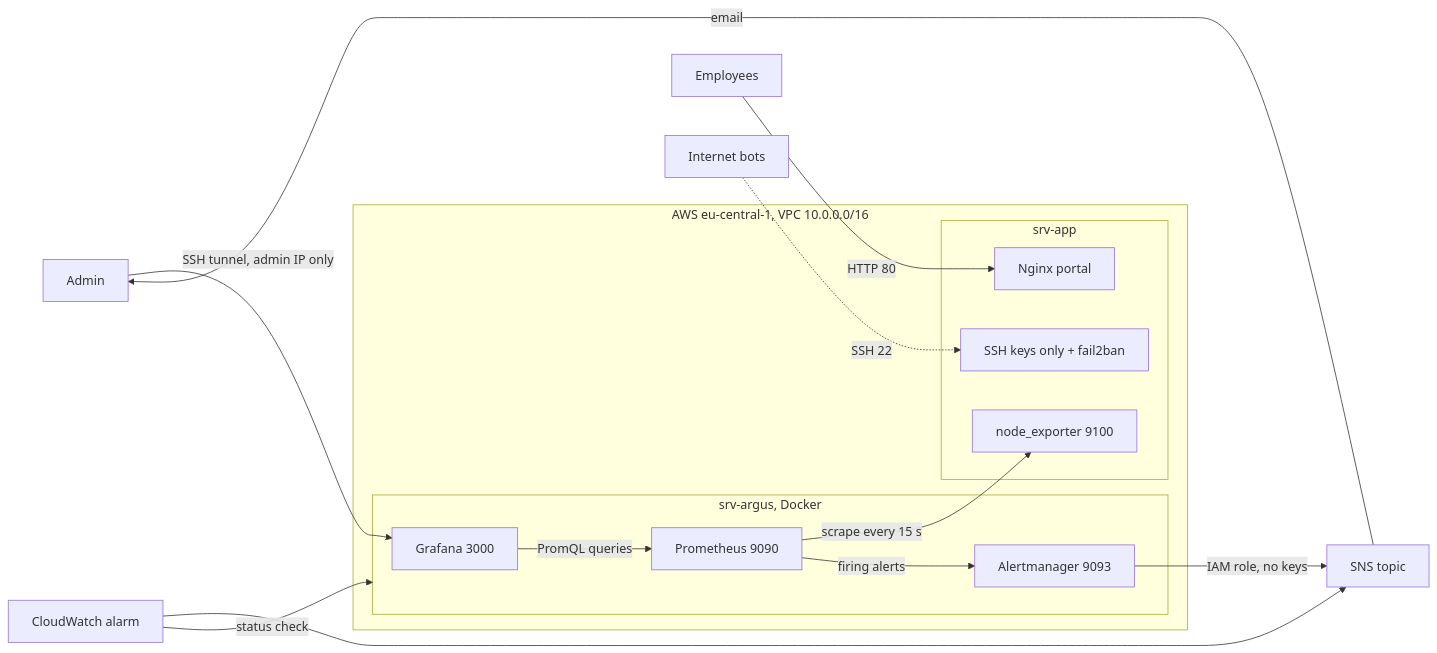
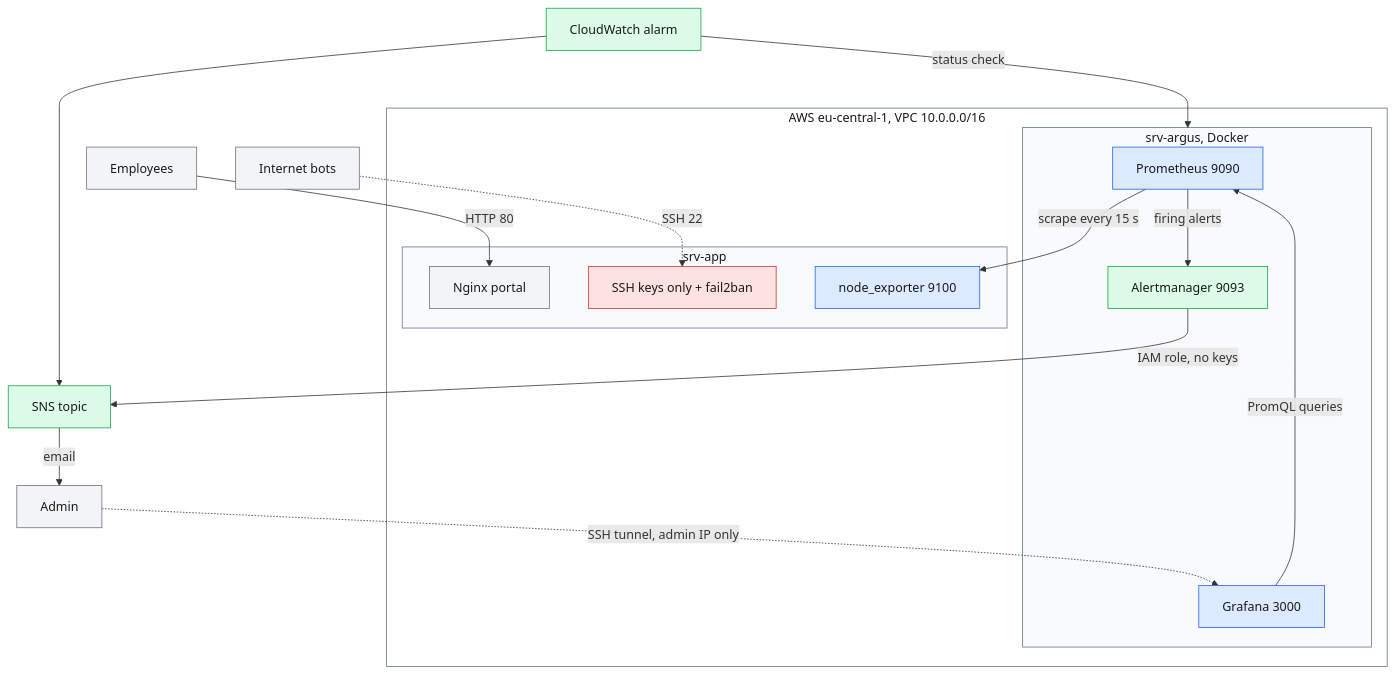
The diagram in README.md (Gikaze/argus), drawn with Mermaid before and after one commit. The commit also changed other lines of this file, not shown here.

Commit message:
docs: make the architecture diagram easier to read

````diff
--- a/README.md
+++ b/README.md
@@ -26,27 +26,45 @@
 ```mermaid
-flowchart LR
-  emp[Employees] -->|HTTP 80| nginx
-  bot[Internet bots] -.->|SSH 22| ssh
-  admin[Admin] -->|SSH tunnel, admin IP only| grafana
+flowchart TB
+  emp[Employees]
+  bot[Internet bots]
 
   subgraph vpc[AWS eu-central-1, VPC 10.0.0.0/16]
     subgraph app[srv-app]
       nginx[Nginx portal]
       ssh[SSH keys only + fail2ban]
       ne[node_exporter 9100]
     end
     subgraph argus[srv-argus, Docker]
       prom[Prometheus 9090]
+      grafana[Grafana 3000]
       am[Alertmanager 9093]
-      grafana[Grafana 3000]
     end
   end
 
+  cw[CloudWatch alarm]
+  sns[SNS topic]
+  admin[Admin]
+
+  emp -->|HTTP 80| nginx
+  bot -.->|SSH 22| ssh
   prom -->|scrape every 15 s| ne
+  grafana -->|PromQL queries| prom
   prom -->|firing alerts| am
-  grafana -->|PromQL queries| prom
-  am -->|IAM role, no keys| sns[SNS topic]
-  cw[CloudWatch alarm] -->|status check| argus
+  am -->|IAM role, no keys| sns
+  cw -->|status check| argus
   cw --> sns
   sns -->|email| admin
+  admin -.->|SSH tunnel, admin IP only| grafana
+
+  classDef protect fill:#fde2e1,stroke:#c0392b,color:#1a1a1a
+  classDef observe fill:#dbeafe,stroke:#2563eb,color:#1a1a1a
+  classDef react fill:#dcfce7,stroke:#16a34a,color:#1a1a1a
+  classDef neutral fill:#f3f4f6,stroke:#6b7280,color:#1a1a1a
+  class ssh protect
+  class ne,prom,grafana observe
+  class am,cw,sns react
+  class emp,bot,admin,nginx neutral
+  style vpc fill:#ffffff,stroke:#64748b,color:#1a1a1a
+  style app fill:#f8fafc,stroke:#64748b,color:#1a1a1a
+  style argus fill:#f8fafc,stroke:#64748b,color:#1a1a1a
 ```
````
